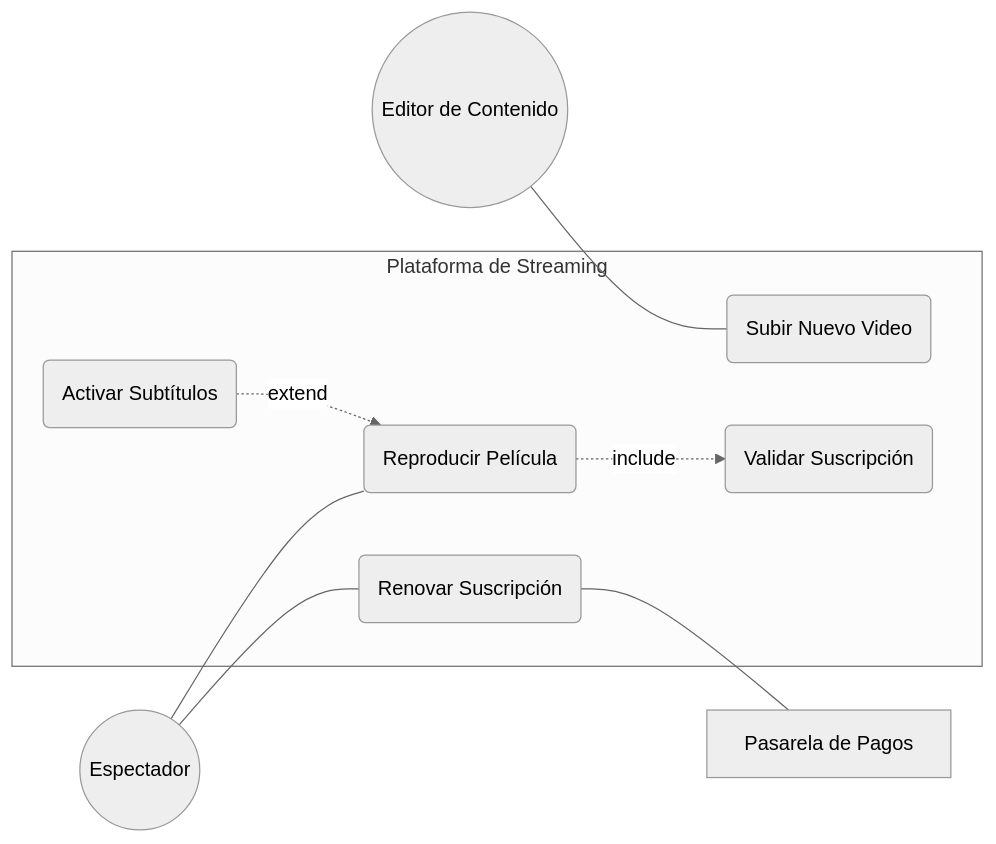
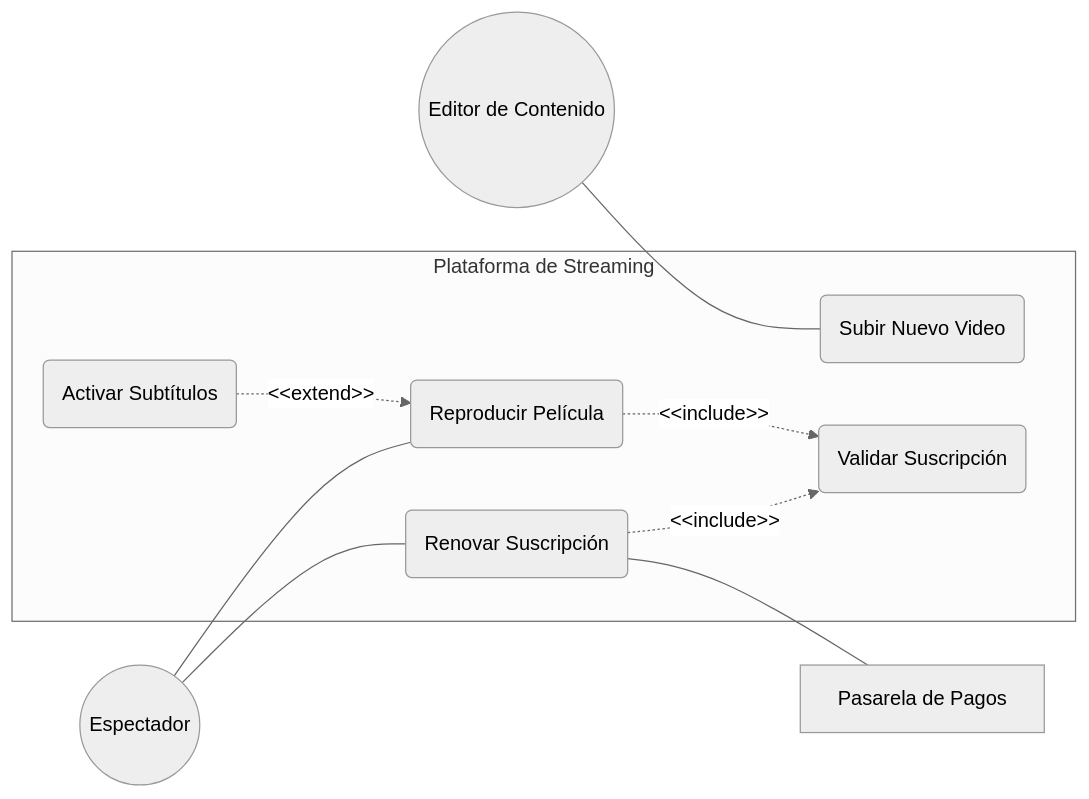
Before and after one commit to jramonnv0786-prog/Actividades-Casos-De-Uso: the third of 3 diagrams in README.md, drawn with Mermaid (neutral theme).

Commit message:
Ejercicio 3, mermaid

````diff
--- a/README.md
+++ b/README.md
@@ -46,27 +46,28 @@
 ```mermaid
 
      graph LR
     %% Actores
     Espectador((Espectador))
     Editor((Editor de Contenido))
     Pasarela[Pasarela de Pagos]
 
     subgraph Sistema_Streaming [Plataforma de Streaming]
         UC1(Reproducir Película)
         UC2(Subir Nuevo Video)
         UC3(Renovar Suscripción)
         UC4(Validar Suscripción)
         UC5(Activar Subtítulos)
 
         %% Relaciones internas (UML)
-        UC1 -.->|include| UC4
-        UC5 -.->|extend| UC1
+        UC1 -.->|&lt;&lt;include&gt;&gt;| UC4
+        UC3-.->|&lt;&lt;include&gt;&gt;| UC4
+        UC5 -.->|&lt;&lt;extend&gt;&gt;| UC1
     end
 
     %% Interacciones de los Actores
     Espectador --- UC1
     Espectador --- UC3
     Editor --- UC2
     UC3 --- Pasarela
 
   ```
````
